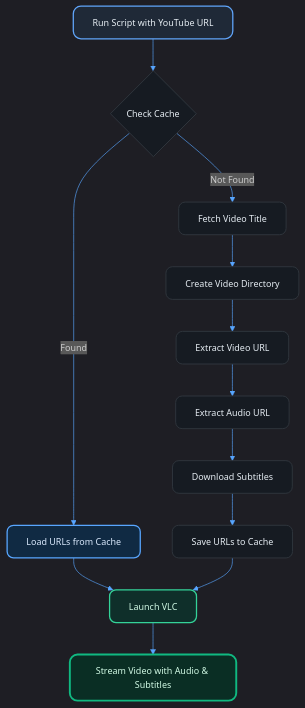
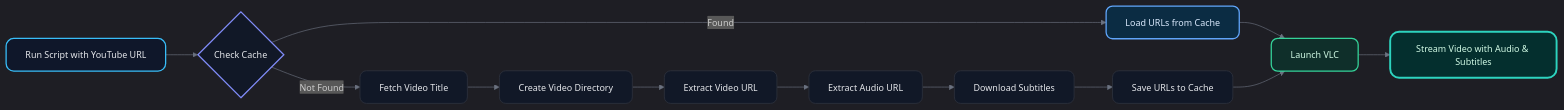
One commit to manoselva/youtube-streamer changed the diagram in README.md. Above: the diagram before and after it, drawn with Mermaid.

````diff
--- a/README.md
+++ b/README.md
@@ -283,53 +283,59 @@
 ```mermaid
 %%{init: {
   "theme": "dark",
   "themeVariables": {
-    "background": "#0d1117",
-    "primaryColor": "#161b22",
-    "primaryTextColor": "#e6edf3",
-    "primaryBorderColor": "#30363d",
-    "lineColor": "#58A6FF",
-    "secondaryColor": "#1f2937",
+    "background": "#0b0f14",
+    "primaryColor": "#121826",
+    "primaryTextColor": "#e5e7eb",
+    "primaryBorderColor": "#2a2f3a",
+    "lineColor": "#6b7280",
+    "secondaryColor": "#0f172a",
     "tertiaryColor": "#111827",
     "fontFamily": "Inter, Segoe UI, sans-serif",
     "fontSize": "14px"
   }
 }}%%
-graph TD
+
+flowchart LR
     A[Run Script with YouTube URL]
     B{Check Cache}
     C[Load URLs from Cache]
     D[Fetch Video Title]
     E[Create Video Directory]
     F[Extract Video URL]
     G[Extract Audio URL]
     H[Download Subtitles]
     I[Save URLs to Cache]
     J[Launch VLC]
     K[Stream Video with Audio & Subtitles]
+
     %% Flow
     A --> B
     B -->|Found| C
     B -->|Not Found| D
     D --> E
     E --> F
     F --> G
     G --> H
     H --> I
     C --> J
     I --> J
     J --> K
-    %% Dark-Theme Node Styles
-    classDef startNode fill:#1f2937,stroke:#60a5fa,color:#e6edf3,stroke-width:2,rx:12,ry:12;
-    classDef processNode fill:#161b22,stroke:#30363d,color:#e6edf3,stroke-width:1.5,rx:10,ry:10;
-    classDef cacheNode fill:#102a43,stroke:#58A6FF,color:#dbeafe,stroke-width:2,rx:10,ry:10;
+
+    %% Dark-themed beautiful node styles
+    classDef startNode fill:#0f172a,stroke:#38bdf8,color:#e5e7eb,stroke-width:2,rx:12,ry:12;
+    classDef decisionNode fill:#111827,stroke:#818cf8,color:#e5e7eb,stroke-width:2,rx:12,ry:12;
+    classDef cacheNode fill:#0b2c43,stroke:#60a5fa,color:#dbeafe,stroke-width:2,rx:10,ry:10;
+    classDef processNode fill:#111827,stroke:#2a2f3a,color:#e5e7eb,stroke-width:1.5,rx:10,ry:10;
     classDef mediaNode fill:#0f2f2a,stroke:#34d399,color:#d1fae5,stroke-width:2,rx:10,ry:10;
-    classDef finalNode fill:#0a2e24,stroke:#10b981,color:#d1fae5,stroke-width:3,rx:12,ry:12;
-    %% Assign Styles
+    classDef finalNode fill:#042f2e,stroke:#2dd4bf,color:#d1fae5,stroke-width:3,rx:14,ry:14;
+
+    %% Assign styles
     class A startNode;
-    class B processNode;
+    class B decisionNode;
     class C cacheNode;
     class D,E,F,G,H,I processNode;
     class J mediaNode;
     class K finalNode;
+
 ```
````
